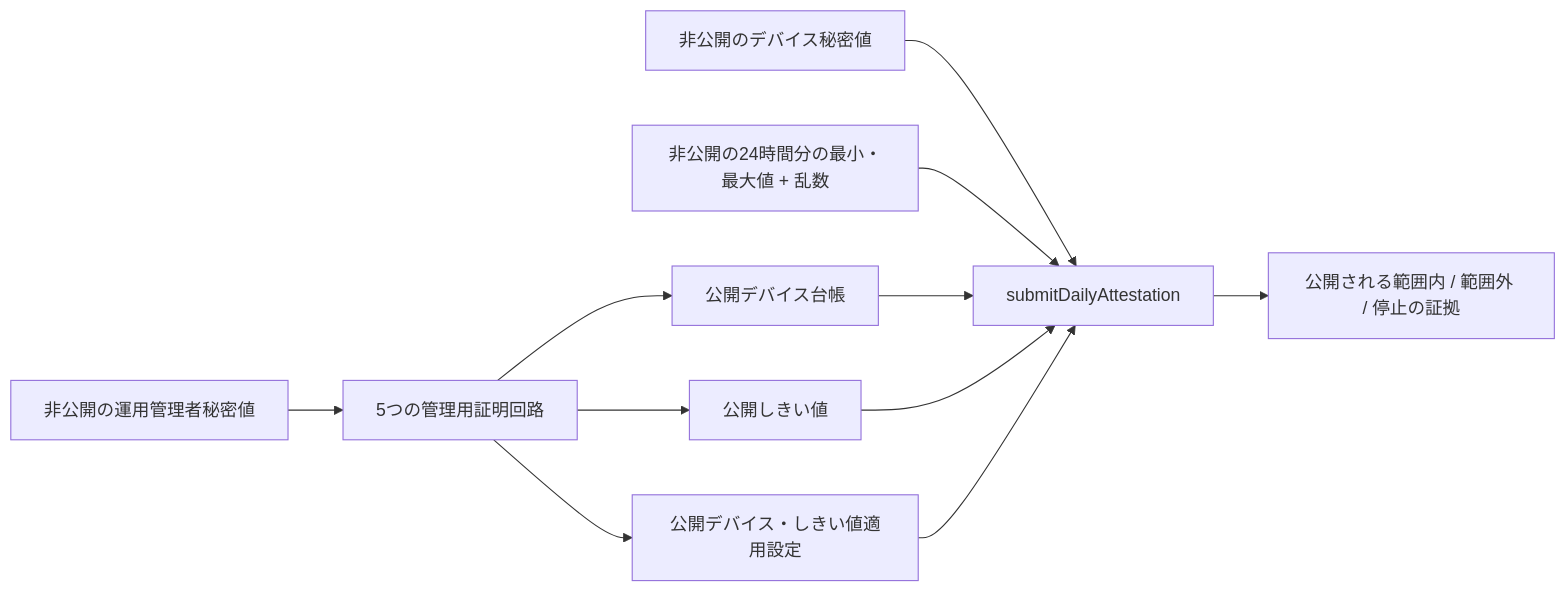
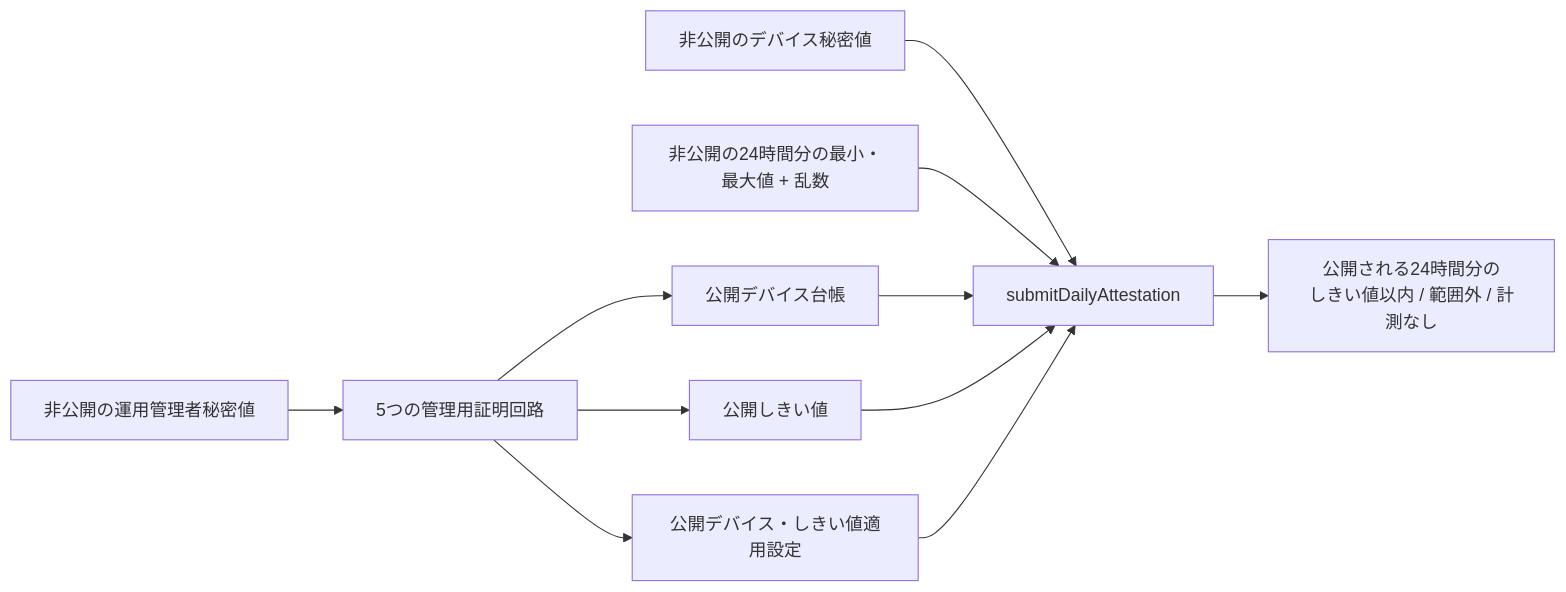
Before and after one commit to commun-platform/midnight_buildathons_bacchili: the first of 8 diagrams in docs/ja/implementation/zk_circuit_spec.md, drawn with Mermaid. The commit also changed other lines of this file and 81 other files, not shown here.

````diff
--- a/docs/ja/implementation/zk_circuit_spec.md
+++ b/docs/ja/implementation/zk_circuit_spec.md
@@ -32,14 +35,14 @@
 ```mermaid
 flowchart LR
     OA["非公開の運用管理者秘密値"] --> ADMIN["5つの管理用証明回路"]
     ADMIN --> REG["公開デバイス台帳"]
     ADMIN --> POLICY["公開しきい値"]
     ADMIN --> ASSIGN["公開デバイス・しきい値適用設定"]
 
     DS["非公開のデバイス秘密値"] --> DAILY["submitDailyAttestation"]
     EXT["非公開の24時間分の最小・最大値 + 乱数"] --> DAILY
     REG --> DAILY
     POLICY --> DAILY
     ASSIGN --> DAILY
-    DAILY --> RESULT["公開される範囲内 / 範囲外 / 停止の証拠"]
+    DAILY --> RESULT["公開される24時間分の<br/>しきい値以内 / 範囲外 / 計測なし"]
 ```
````
